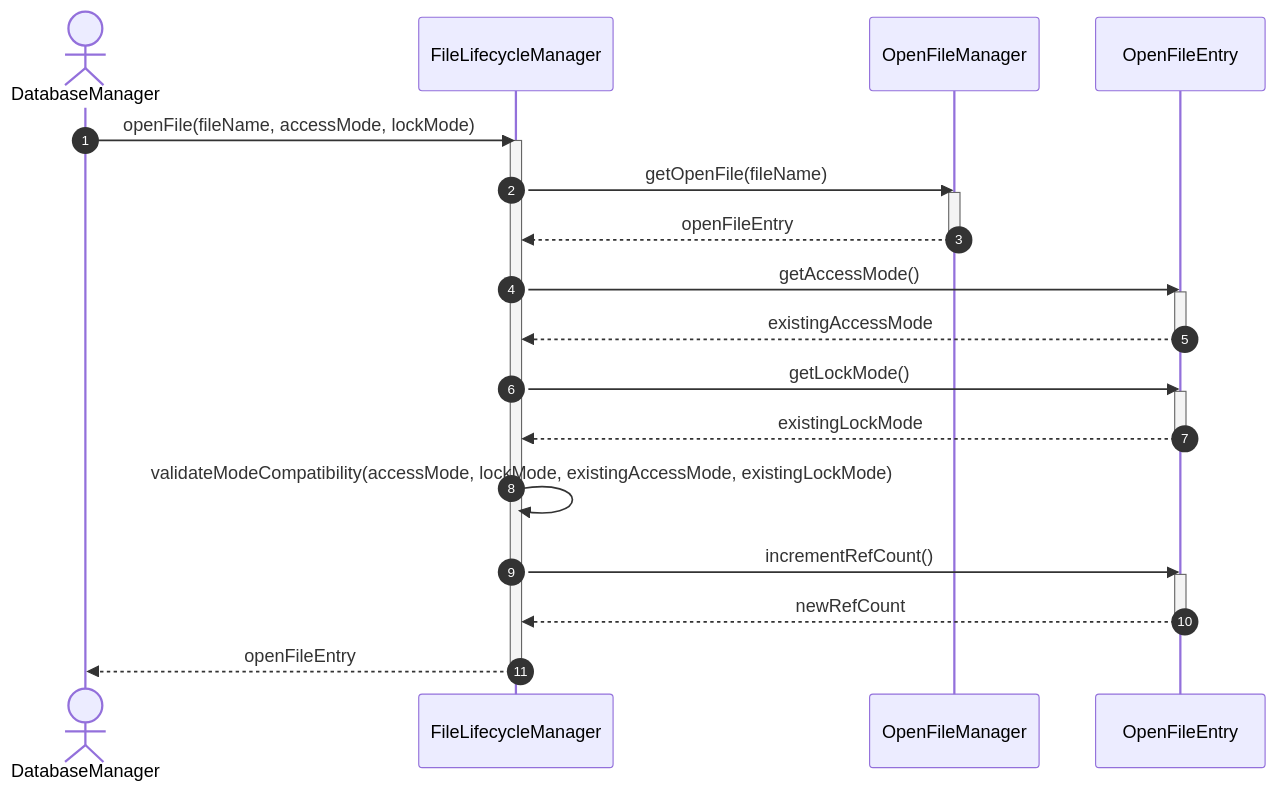
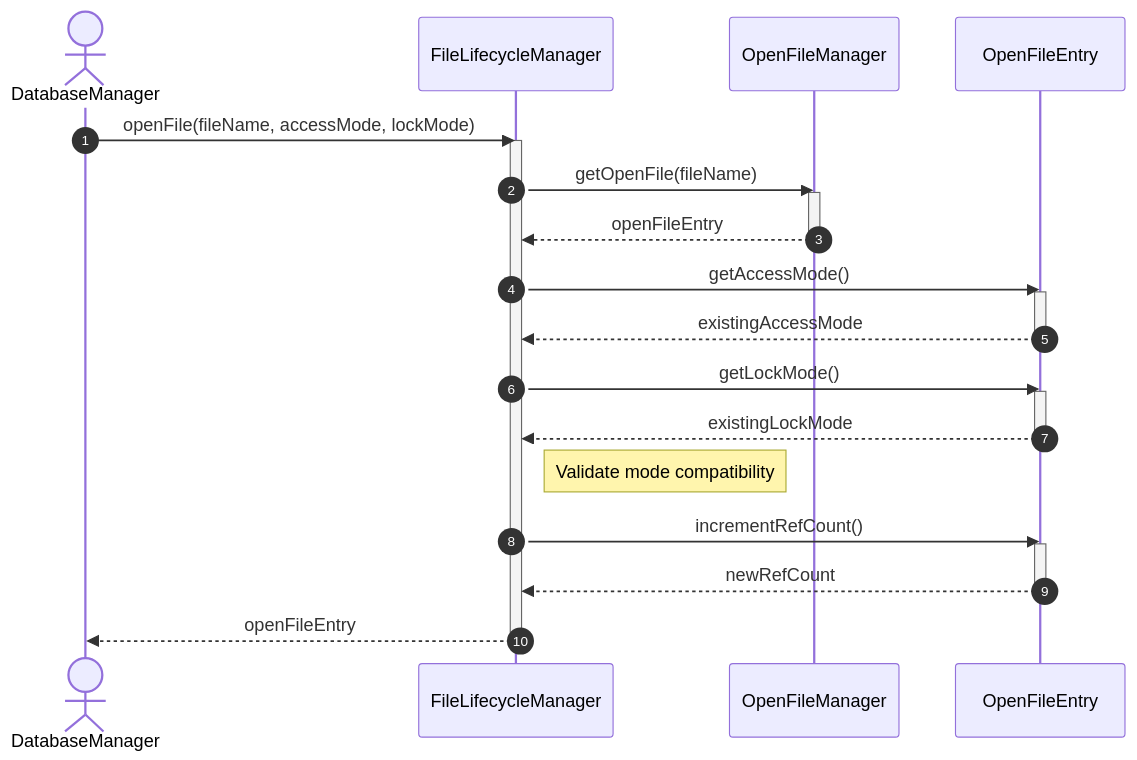
One commit to manaxpow/DBMS changed the second of 5 diagrams in docs/diagrams/sequence-diagrams/storage-engine/file-management/file-lifecycle/open-file.md. Above: the diagram before and after it, drawn with Mermaid. The commit also changed other lines of this file and 98 other files, not shown here.

````diff
--- a/docs/diagrams/sequence-diagrams/storage-engine/file-management/file-lifecycle/open-file.md
+++ b/docs/diagrams/sequence-diagrams/storage-engine/file-management/file-lifecycle/open-file.md
@@ -81,36 +82,36 @@
 ```mermaid
 sequenceDiagram
     autonumber
     actor DB as DatabaseManager
     participant LM as FileLifecycleManager
     participant OM as OpenFileManager
     participant OE as OpenFileEntry
 
     DB->>LM: openFile(fileName, accessMode, lockMode)
     activate LM
     
     LM->>OM: getOpenFile(fileName)
     activate OM
     OM-->>LM: openFileEntry
     deactivate OM
     
     LM->>OE: getAccessMode()
     activate OE
     OE-->>LM: existingAccessMode
     deactivate OE
     
     LM->>OE: getLockMode()
     activate OE
     OE-->>LM: existingLockMode
     deactivate OE
     
-    LM->>LM: validateModeCompatibility(accessMode, lockMode, existingAccessMode, existingLockMode)
+    note right of LM: Validate mode compatibility
     
     LM->>OE: incrementRefCount()
     activate OE
     OE-->>LM: newRefCount
     deactivate OE
     
     LM-->>DB: openFileEntry
     deactivate LM
 ```
````
